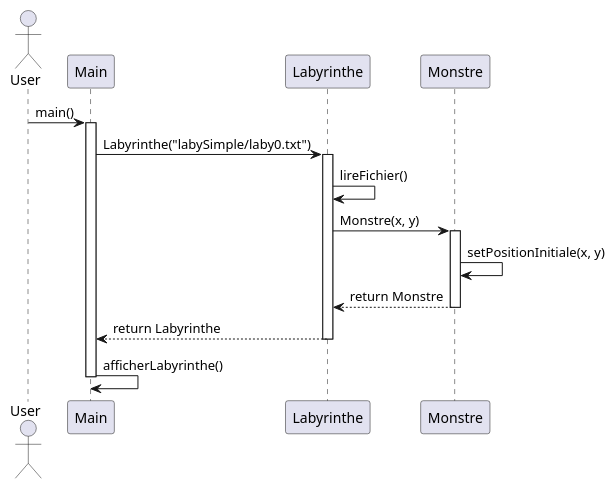
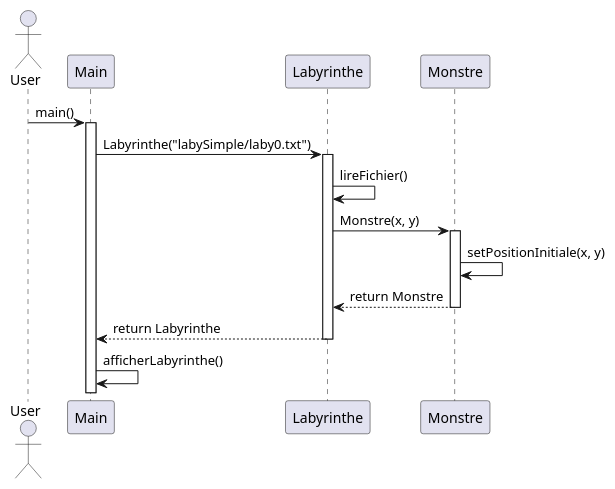
One commit to LukaSalvo/SAE2024 changed the diagram in zeldiablo/documents/version_2/diagseq_PosMonstre.puml. Above: the diagram before and after it, drawn with PlantUML. The commit also changed 4 other files, not shown here.

```diff
--- a/zeldiablo/documents/version_2/diagseq_PosMonstre.puml
+++ b/zeldiablo/documents/version_2/diagseq_PosMonstre.puml
@@ -1,21 +1,20 @@
 @startuml
 actor User
 participant Main
 participant Labyrinthe
 participant Monstre
 
 User -> Main: main()
 activate Main
 Main -> Labyrinthe: Labyrinthe("labySimple/laby0.txt")
 activate Labyrinthe
 Labyrinthe -> Labyrinthe: lireFichier()
 Labyrinthe -> Monstre: Monstre(x, y)
 activate Monstre
 Monstre -> Monstre: setPositionInitiale(x, y)
 Monstre --> Labyrinthe: return Monstre
 deactivate Monstre
 Labyrinthe --> Main: return Labyrinthe
 deactivate Labyrinthe
 Main -> Main: afficherLabyrinthe()
-deactivate Main
 @enduml
```
